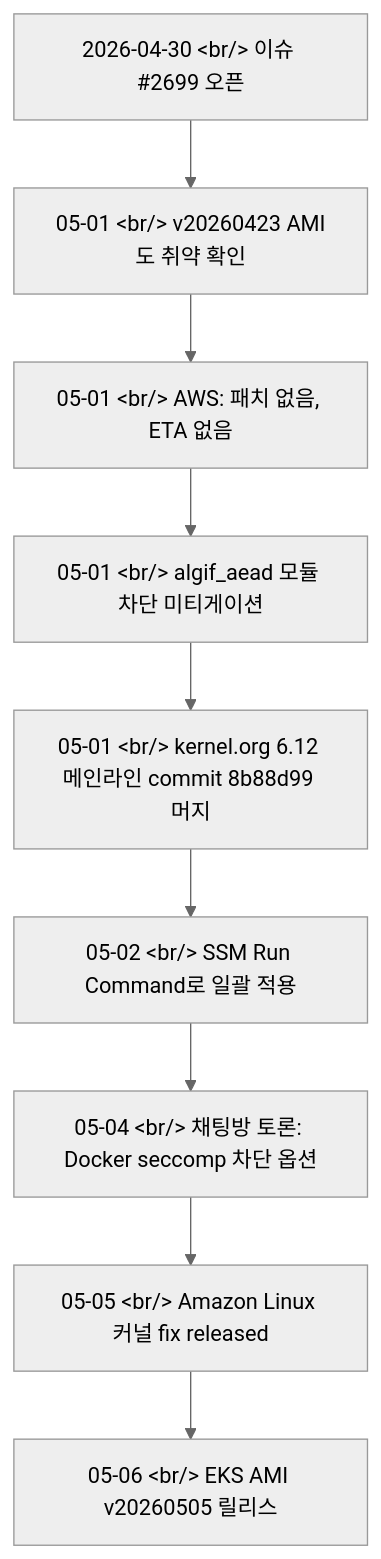
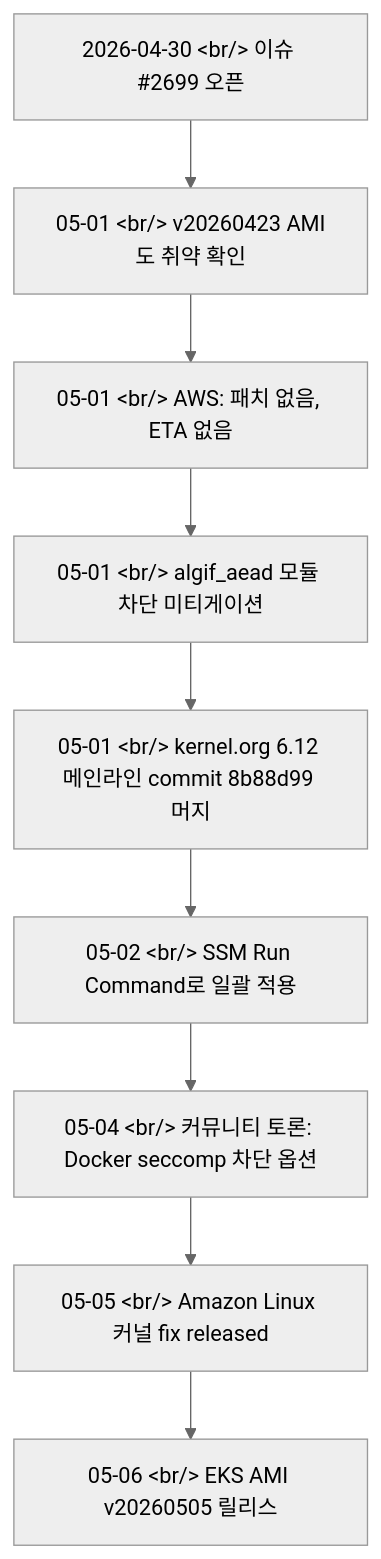
Before and after one commit to ice-ice-bear/ice-ice-bear.github.io: the diagram in content/ko/posts/2026-05-04-eks-ami-cve-2026-31431-mitigation.md, drawn with Mermaid (neutral theme). The commit also changed other lines of this file and 15 other files, not shown here.

````diff
--- a/content/ko/posts/2026-05-04-eks-ami-cve-2026-31431-mitigation.md
+++ b/content/ko/posts/2026-05-04-eks-ami-cve-2026-31431-mitigation.md
@@ -18,11 +18,11 @@
 ```mermaid
 flowchart TD
     A["2026-04-30 &lt;br/&gt; 이슈 #2699 오픈"] --> B["05-01 &lt;br/&gt; v20260423 AMI도 취약 확인"]
     B --> C["05-01 &lt;br/&gt; AWS: 패치 없음, ETA 없음"]
     C --> D["05-01 &lt;br/&gt; algif_aead 모듈 차단 미티게이션"]
     D --> E["05-01 &lt;br/&gt; kernel.org 6.12 메인라인 commit 8b88d99 머지"]
     E --> F["05-02 &lt;br/&gt; SSM Run Command로 일괄 적용"]
-    F --> G["05-04 &lt;br/&gt; 채팅방 토론: Docker seccomp 차단 옵션"]
+    F --> G["05-04 &lt;br/&gt; 커뮤니티 토론: Docker seccomp 차단 옵션"]
     G --> H["05-05 &lt;br/&gt; Amazon Linux 커널 fix released"]
     H --> I["05-06 &lt;br/&gt; EKS AMI v20260505 릴리스"]
 ```
````
